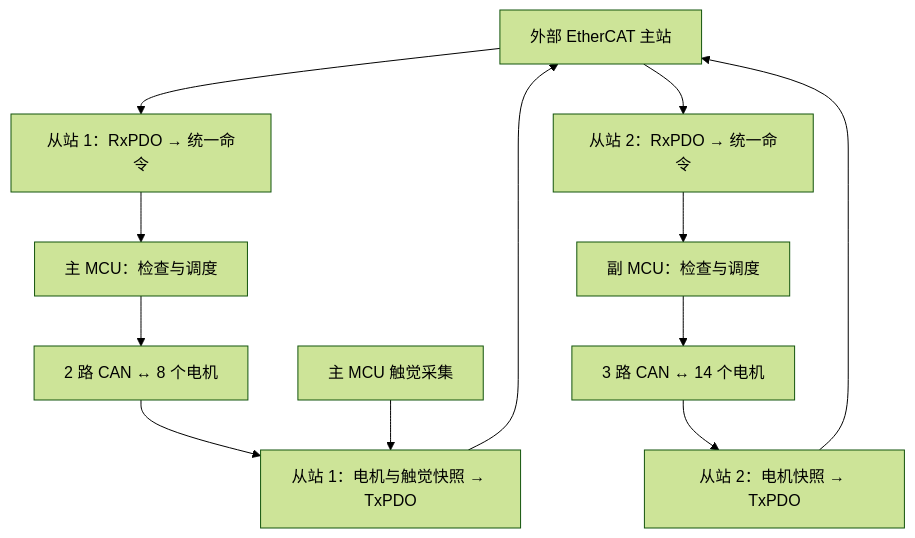
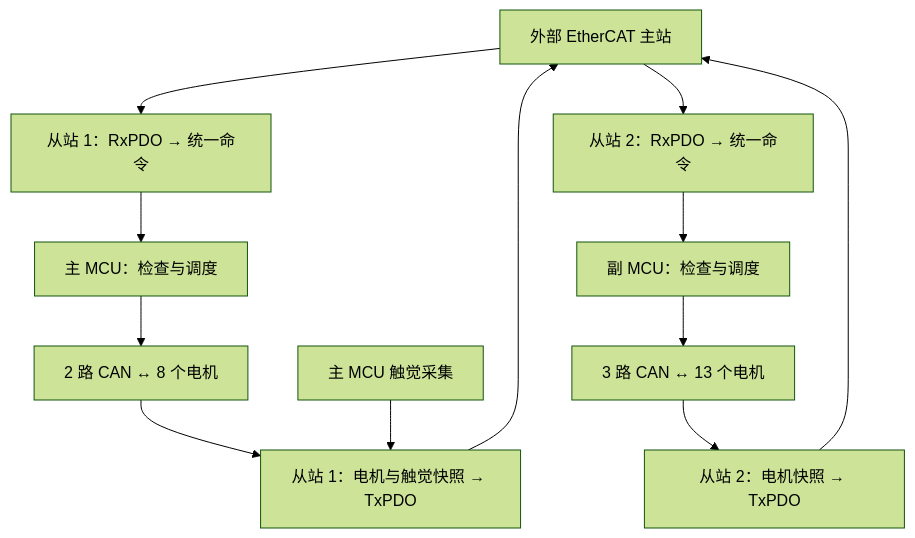
One commit to klsys777/plan_doce changed the second of 3 diagrams in 22自由度灵巧手嵌入式软件架构Ethercat版.md. Above: the diagram before and after it, drawn with Mermaid (forest theme). The commit also changed other lines of this file and 1 other file, not shown here.

````diff
--- a/22自由度灵巧手嵌入式软件架构Ethercat版.md
+++ b/22自由度灵巧手嵌入式软件架构Ethercat版.md
@@ -63,19 +63,19 @@
 ```mermaid
 flowchart TB
     H["外部 EtherCAT 主站"]
     E1["从站 1：RxPDO → 统一命令"]
     E2["从站 2：RxPDO → 统一命令"]
     M["主 MCU：检查与调度"]
     S["副 MCU：检查与调度"]
     M8["2 路 CAN ↔ 8 个电机"]
-    M14["3 路 CAN ↔ 14 个电机"]
+    M13["3 路 CAN ↔ 13 个电机"]
     T["主 MCU 触觉采集"]
     F1["从站 1：电机与触觉快照 → TxPDO"]
     F2["从站 2：电机快照 → TxPDO"]
 
     H --> E1 --> M --> M8
-    H --> E2 --> S --> M14
+    H --> E2 --> S --> M13
     M8 --> F1 --> H
-    M14 --> F2 --> H
+    M13 --> F2 --> H
     T --> F1
 ```
````
